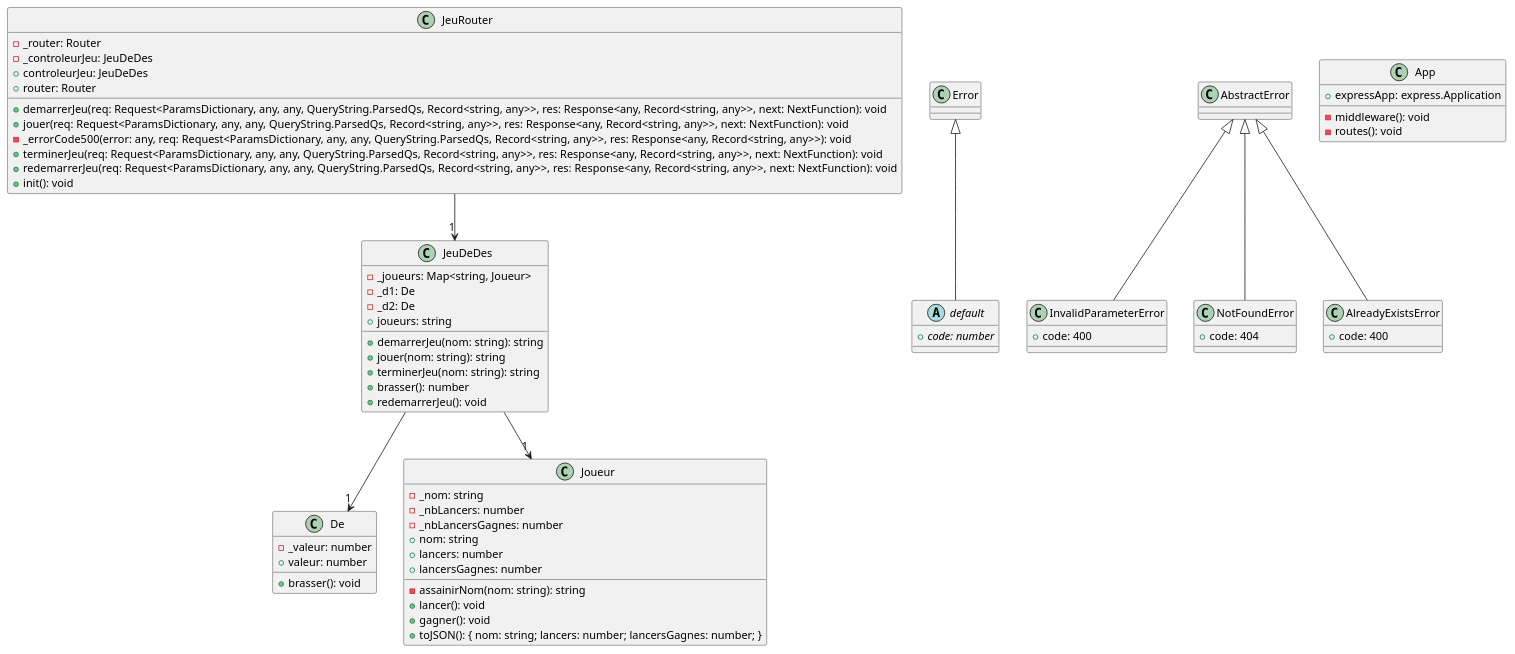
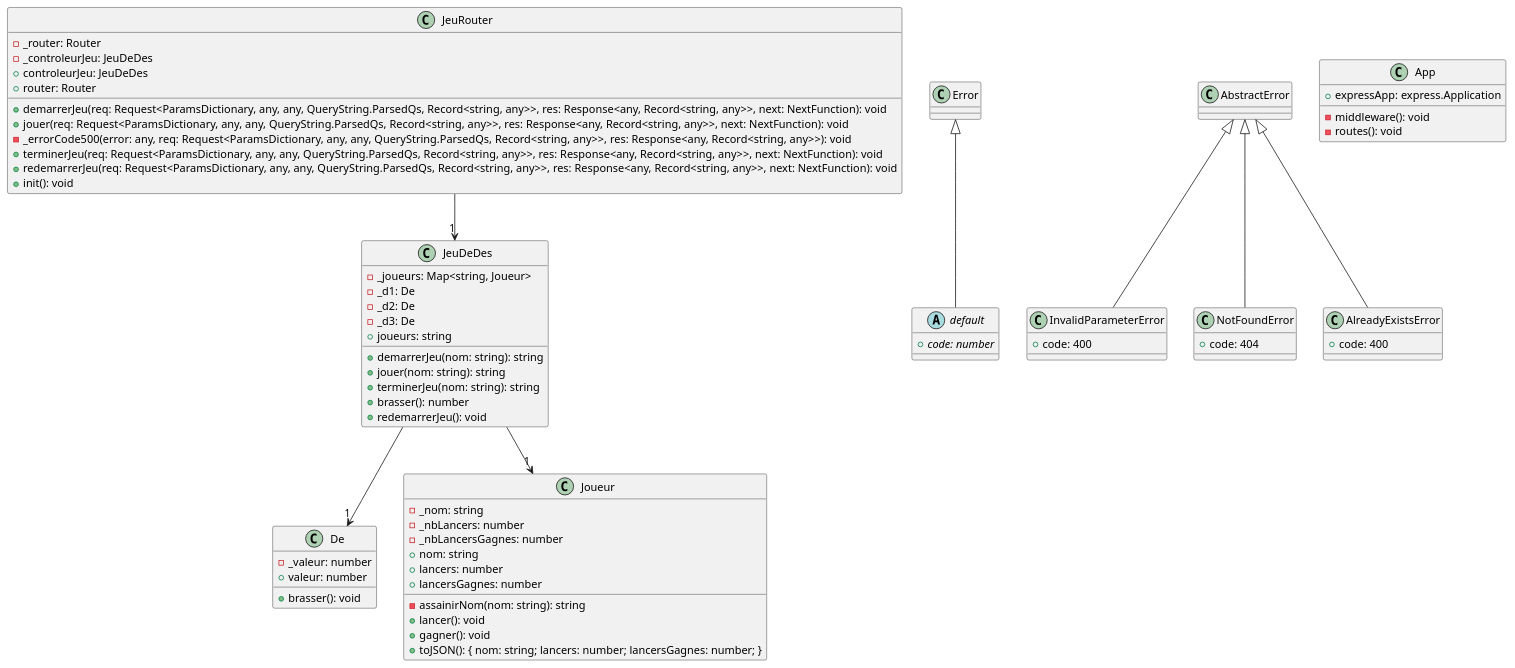
The diagram in docs/Squelette.md (UpnorthSchool/laboratoire-0-UpnorthSchool), drawn with PlantUML before and after one commit. The commit also changed other lines of this file and 7 other files, not shown here.

```diff
--- a/docs/Squelette.md
+++ b/docs/Squelette.md
@@ -221,62 +222,63 @@
 @startuml
 class De {
     -_valeur: number
     +brasser(): void
     +valeur: number
 }
 abstract class default extends Error {
     +{abstract} code: number
 }
 class InvalidParameterError extends AbstractError {
     +code: 400
 }
 class Joueur {
     -_nom: string
     -_nbLancers: number
     -_nbLancersGagnes: number
     +nom: string
     -assainirNom(nom: string): string
     +lancers: number
     +lancersGagnes: number
     +lancer(): void
     +gagner(): void
     +toJSON(): { nom: string; lancers: number; lancersGagnes: number; }
 }
 class NotFoundError extends AbstractError {
     +code: 404
 }
 class AlreadyExistsError extends AbstractError {
     +code: 400
 }
 class JeuDeDes {
     -_joueurs: Map<string, Joueur>
     -_d1: De
     -_d2: De
+    -_d3: De
     +demarrerJeu(nom: string): string
     +jouer(nom: string): string
     +terminerJeu(nom: string): string
     +brasser(): number
     +joueurs: string
     +redemarrerJeu(): void
 }
 class JeuRouter {
     -_router: Router
     -_controleurJeu: JeuDeDes
     +controleurJeu: JeuDeDes
     +router: Router
     +demarrerJeu(req: Request<ParamsDictionary, any, any, QueryString.ParsedQs, Record<string, any>>, res: Response<any, Record<string, any>>, next: NextFunction): void
     +jouer(req: Request<ParamsDictionary, any, any, QueryString.ParsedQs, Record<string, any>>, res: Response<any, Record<string, any>>, next: NextFunction): void
     -_errorCode500(error: any, req: Request<ParamsDictionary, any, any, QueryString.ParsedQs, Record<string, any>>, res: Response<any, Record<string, any>>): void
     +terminerJeu(req: Request<ParamsDictionary, any, any, QueryString.ParsedQs, Record<string, any>>, res: Response<any, Record<string, any>>, next: NextFunction): void
     +redemarrerJeu(req: Request<ParamsDictionary, any, any, QueryString.ParsedQs, Record<string, any>>, res: Response<any, Record<string, any>>, next: NextFunction): void
     +init(): void
 }
 class App {
     +expressApp: express.Application
     -middleware(): void
     -routes(): void
 }
 JeuDeDes --> "1" Joueur
 JeuDeDes --> "1" De
 JeuRouter --> "1" JeuDeDes
 @enduml
```
